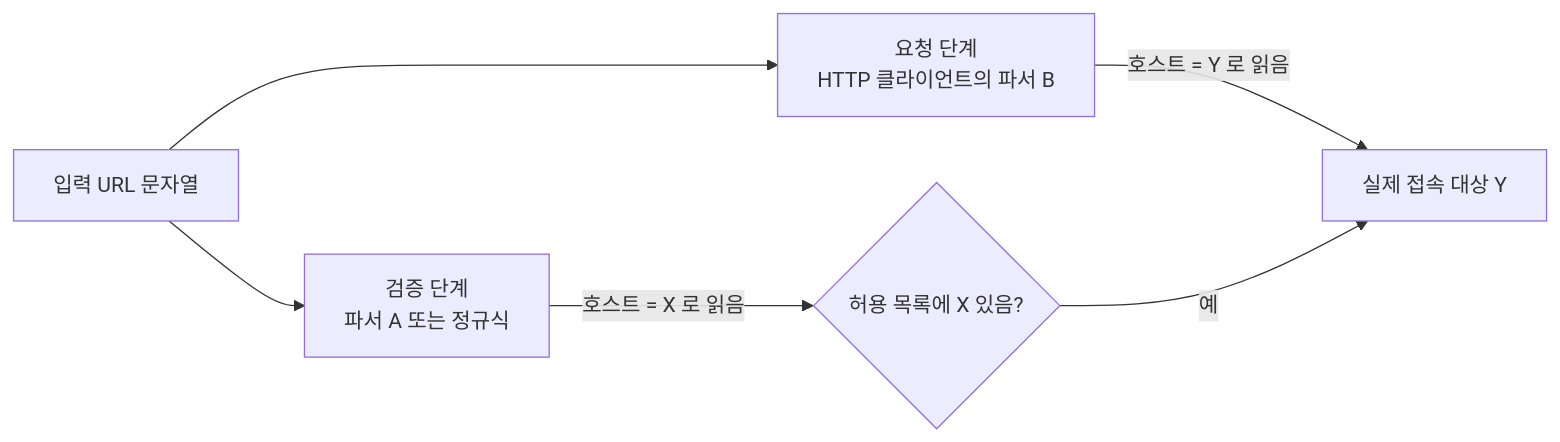
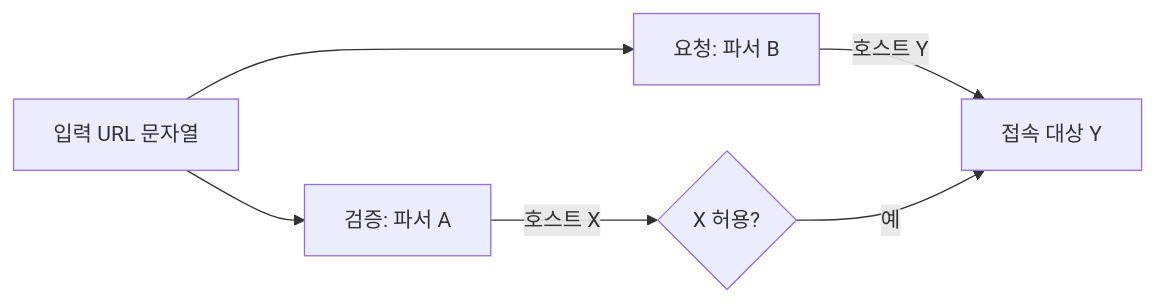
Before and after one commit to logiciris/logiciris.github.io: the diagram in _notes/ssrf-url-validation-bypass.md, drawn with Mermaid. The commit also changed other lines of this file and 28 other files, not shown here.

Commit message:
Notes batches 1-2: qa fixes (accuracy, links, mermaid labels)

````diff
--- a/_notes/ssrf-url-validation-bypass.md
+++ b/_notes/ssrf-url-validation-bypass.md
@@ -22,8 +22,8 @@
 ```mermaid
 flowchart LR
-    U["입력 URL 문자열"] --> V["검증 단계<br/>파서 A 또는 정규식"]
-    U --> R["요청 단계<br/>HTTP 클라이언트의 파서 B"]
-    V -->|"호스트 = X 로 읽음"| OK{"허용 목록에 X 있음?"}
-    R -->|"호스트 = Y 로 읽음"| N["실제 접속 대상 Y"]
+    U["입력 URL 문자열"] --> V["검증: 파서 A"]
+    U --> R["요청: 파서 B"]
+    V -->|"호스트 X"| OK{"X 허용?"}
+    R -->|"호스트 Y"| N["접속 대상 Y"]
     OK -->|"예"| N
 ```
````
